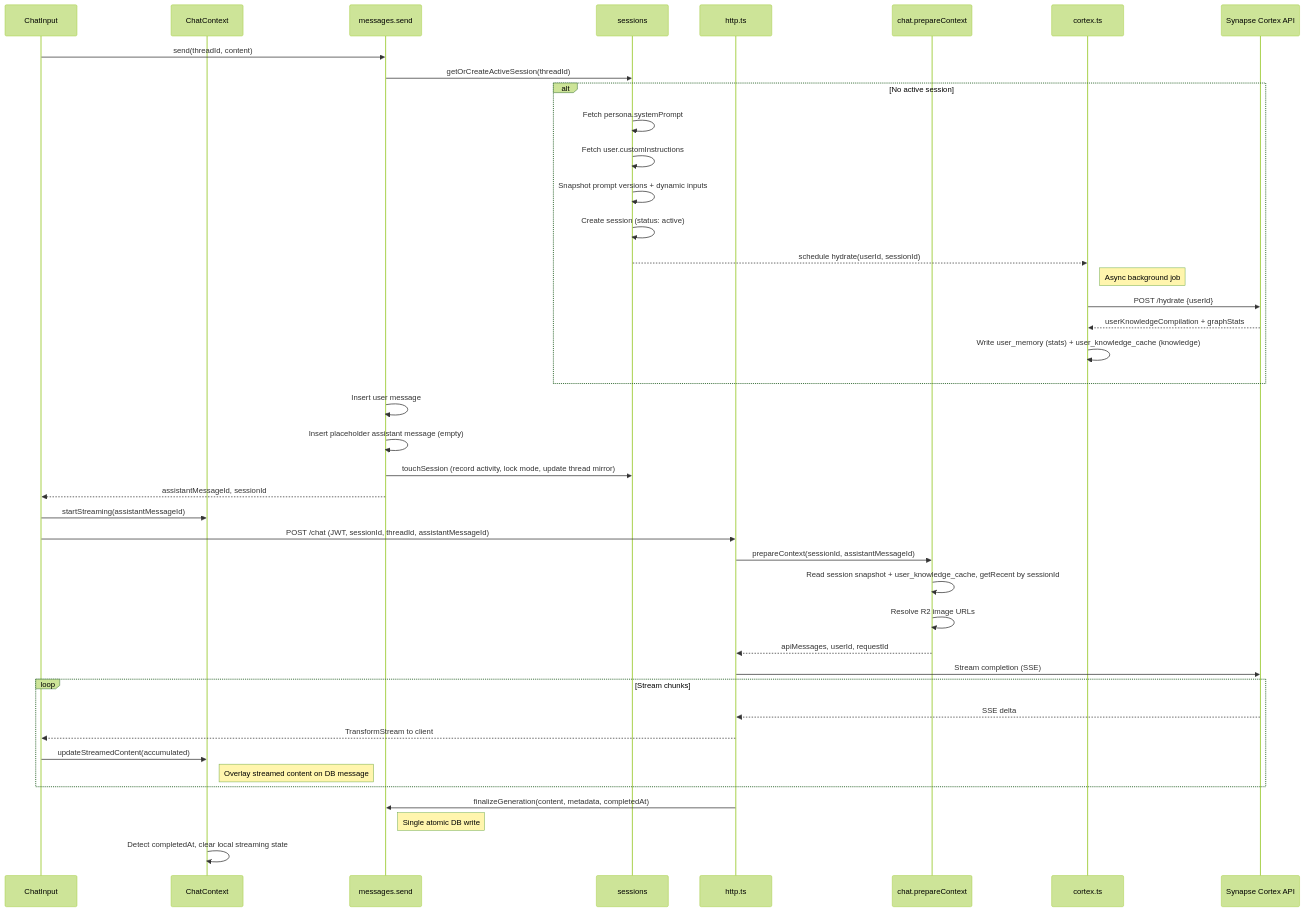
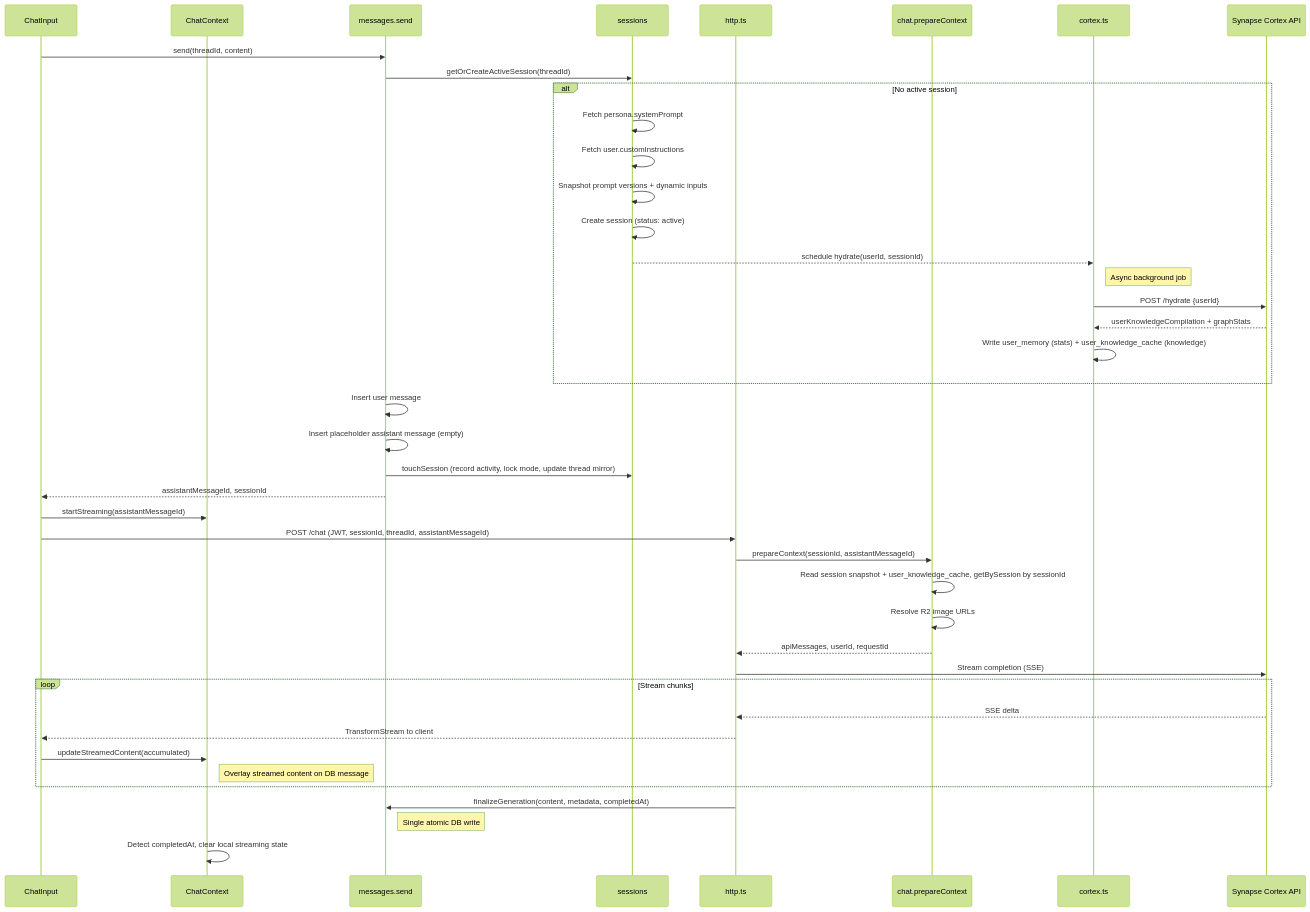
The fourth of 7 diagrams in README.md (juandastic/synapse-chat-ai), drawn with Mermaid (forest theme) before and after one commit. The commit also changed other lines of this file and 25 other files, not shown here.

````diff
--- a/README.md
+++ b/README.md
@@ -340,51 +340,51 @@
 ```mermaid
 sequenceDiagram
     participant UI as ChatInput
     participant Ctx as ChatContext
     participant Msg as messages.send
     participant Sess as sessions
     participant Http as http.ts
     participant Chat as chat.prepareContext
     participant Cortex as cortex.ts
     participant API as Synapse Cortex API
 
     UI->>Msg: send(threadId, content)
     Msg->>Sess: getOrCreateActiveSession(threadId)
 
     alt No active session
         Sess->>Sess: Fetch persona.systemPrompt
         Sess->>Sess: Fetch user.customInstructions
         Sess->>Sess: Snapshot prompt versions + dynamic inputs
         Sess->>Sess: Create session (status: active)
         Sess-->>Cortex: schedule hydrate(userId, sessionId)
         Note right of Cortex: Async background job
         Cortex->>API: POST /hydrate {userId}
         API-->>Cortex: userKnowledgeCompilation + graphStats
         Cortex->>Cortex: Write user_memory (stats) + user_knowledge_cache (knowledge)
     end
 
     Msg->>Msg: Insert user message
     Msg->>Msg: Insert placeholder assistant message (empty)
     Msg->>Sess: touchSession (record activity, lock mode, update thread mirror)
     Msg-->>UI: assistantMessageId, sessionId
 
     UI->>Ctx: startStreaming(assistantMessageId)
     UI->>Http: POST /chat (JWT, sessionId, threadId, assistantMessageId)
 
     Http->>Chat: prepareContext(sessionId, assistantMessageId)
-    Chat->>Chat: Read session snapshot + user_knowledge_cache, getRecent by sessionId
+    Chat->>Chat: Read session snapshot + user_knowledge_cache, getBySession by sessionId
     Chat->>Chat: Resolve R2 image URLs
     Chat-->>Http: apiMessages, userId, requestId
 
     Http->>API: Stream completion (SSE)
     loop Stream chunks
         API-->>Http: SSE delta
         Http-->>UI: TransformStream to client
         UI->>Ctx: updateStreamedContent(accumulated)
         Note right of Ctx: Overlay streamed content on DB message
     end
 
     Http->>Msg: finalizeGeneration(content, metadata, completedAt)
     Note right of Msg: Single atomic DB write
     Ctx->>Ctx: Detect completedAt, clear local streaming state
 ```
````
